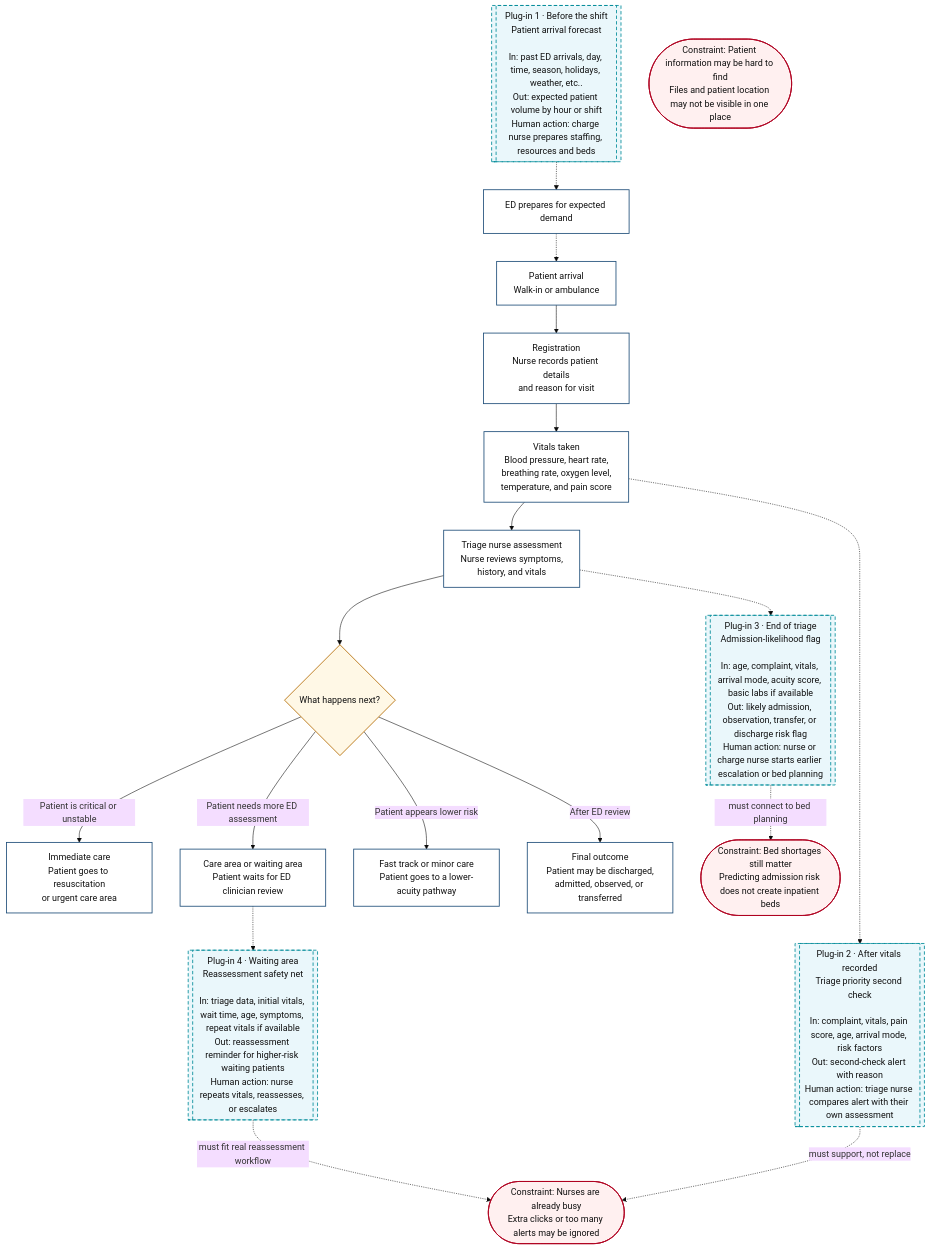
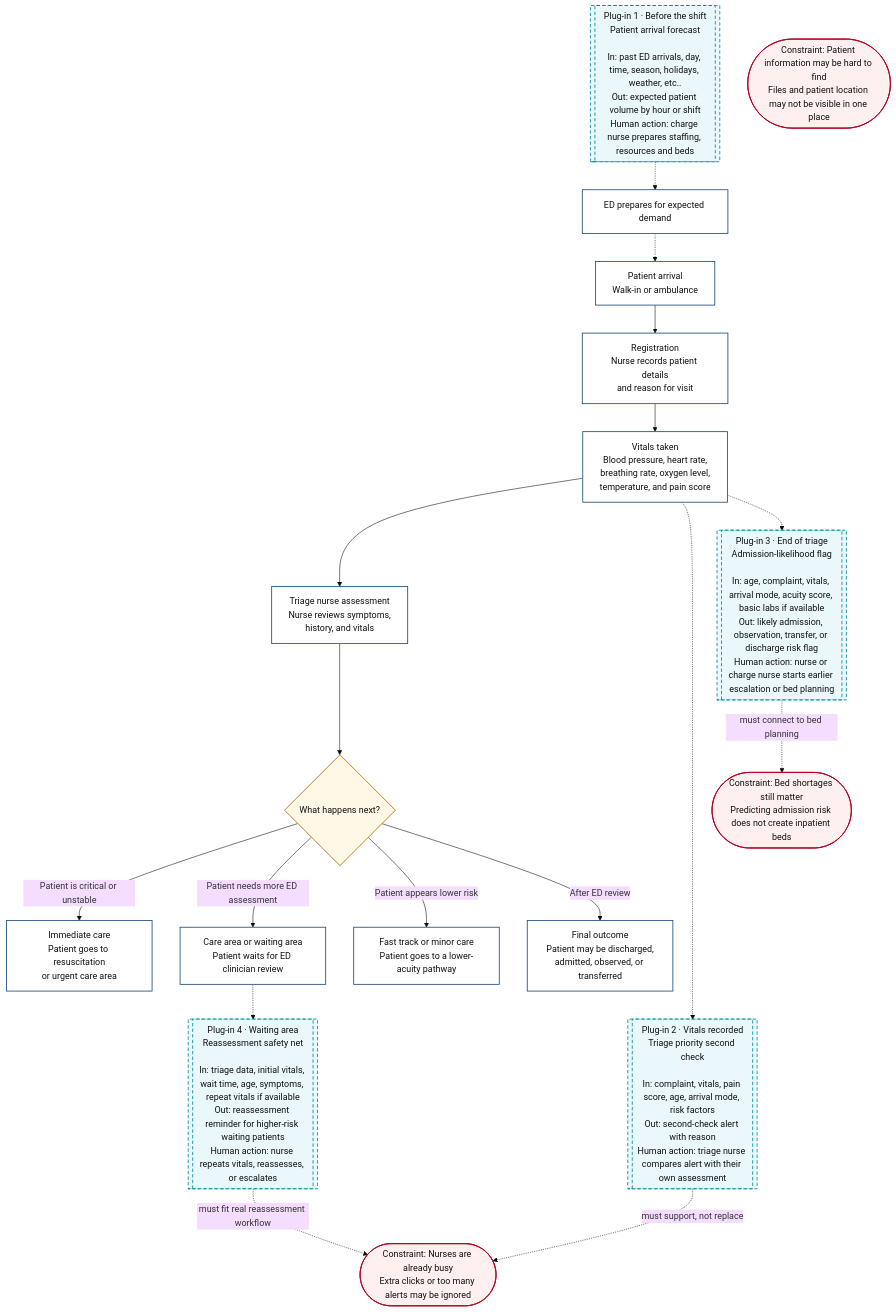
The diagram in docs/week_3_workflow.md (tinadams/carisurg-portfolio), drawn with Mermaid (base theme) before and after one commit.

Commit message:
Update AI2 description and fix workflow connections

````diff
--- a/docs/week_3_workflow.md
+++ b/docs/week_3_workflow.md
@@ -1,55 +1,55 @@
 ```mermaid
 flowchart TD
 
 A[Patient arrival<br/>Walk-in or ambulance] --> B[Registration<br/>Nurse records patient details<br/>and reason for visit]
 
 B --> C[Vitals taken<br/>Blood pressure, heart rate,<br/>breathing rate, oxygen level,<br/>temperature, and pain score]
 
 C --> D[Triage nurse assessment<br/>Nurse reviews symptoms,<br/>history, and vitals]
 
 D --> E{What happens next?}
 
 E -->|Patient is critical or unstable| F[Immediate care<br/>Patient goes to resuscitation<br/>or urgent care area]
 
 E -->|Patient needs more ED assessment| G[Care area or waiting area<br/>Patient waits for ED clinician review]
 
 E -->|Patient appears lower risk| H[Fast track or minor care<br/>Patient goes to a lower-acuity pathway]
 
 E -->|After ED review| I[Final outcome<br/>Patient may be discharged,<br/>admitted, observed, or transferred]
 
 AI1[[Plug-in 1 · Before the shift<br/>Patient arrival forecast<br/><br/>In: past ED arrivals, day, time, season, holidays, weather, etc..<br/>Out: expected patient volume by hour or shift<br/>Human action: charge nurse prepares staffing, resources and beds]]
 
-AI2[[Plug-in 2 · After vitals recorded<br/>Triage priority second check<br/><br/>In: complaint, vitals, pain score, age, arrival mode, risk factors<br/>Out: second-check alert with reason<br/>Human action: triage nurse compares alert with their own assessment]]
+AI2[[Plug-in 2 · Vitals recorded<br/>Triage priority second check<br/><br/>In: complaint, vitals, pain score, age, arrival mode, risk factors<br/>Out: second-check alert with reason<br/>Human action: triage nurse compares alert with their own assessment]]
 
 AI3[[Plug-in 3 · End of triage<br/>Admission-likelihood flag<br/><br/>In: age, complaint, vitals, arrival mode, acuity score, basic labs if available<br/>Out: likely admission, observation, transfer, or discharge risk flag<br/>Human action: nurse or charge nurse starts earlier escalation or bed planning]]
 
 AI4[[Plug-in 4 · Waiting area<br/>Reassessment safety net<br/><br/>In: triage data, initial vitals, wait time, age, symptoms, repeat vitals if available<br/>Out: reassessment reminder for higher-risk waiting patients<br/>Human action: nurse repeats vitals, reassesses, or escalates]]
 
 PRE[ED prepares for expected demand]
 
 AI1 -.-> PRE
 PRE -.-> A
 C -.-> AI2
-D -.-> AI3
+C -.-> AI3
 G -.-> AI4
 
 C1([Constraint: Patient information may be hard to find<br/>Files and patient location may not be visible in one place])
 
 C2([Constraint: Nurses are already busy<br/>Extra clicks or too many alerts may be ignored])
 
 C3([Constraint: Bed shortages still matter<br/>Predicting admission risk does not create inpatient beds])
 
 AI2 -. must support, not replace .-> C2
 AI3 -. must connect to bed planning .-> C3
 AI4 -. must fit real reassessment workflow .-> C2
 
 classDef process fill:#ffffff,stroke:#1f4e79,stroke-width:1.5px,color:#111;
 classDef decision fill:#fff8e6,stroke:#b36b00,stroke-width:1.5px,color:#111;
 classDef ai fill:#eaf7fb,stroke:#008c99,stroke-width:1.5px,stroke-dasharray: 6 4,color:#111;
 classDef constraint fill:#fff0f0,stroke:#b00020,stroke-width:1.5px,color:#111;
 
 class A,B,C,D,F,G,H,I,PRE process;
 class E decision;
 class AI1,AI2,AI3,AI4 ai;
 class C1,C2,C3 constraint;
 ```
````
